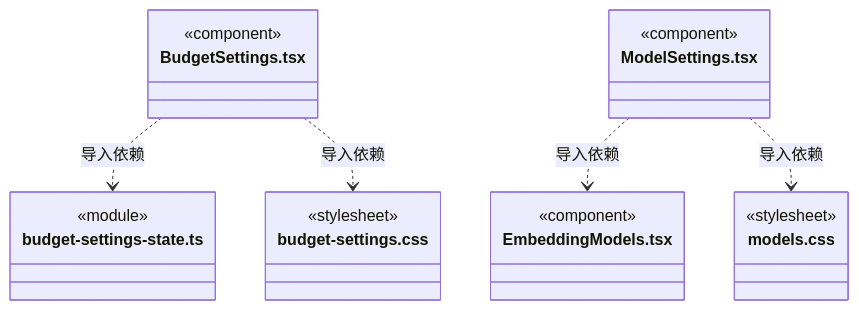
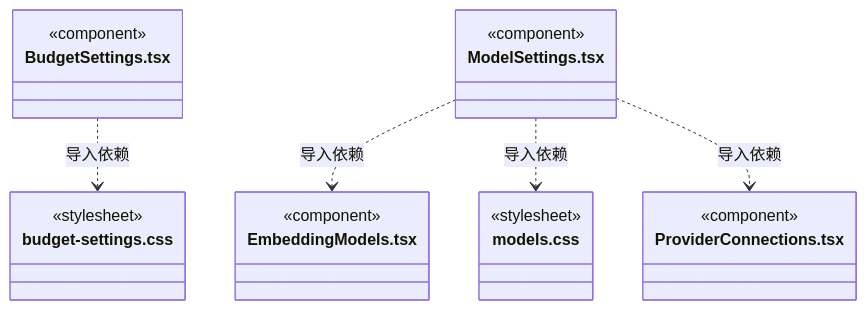
One commit to nan023062/cbim changed diagram 28 of 33 in src/view/settings/ARCHITECTURE.md. Above: the diagram before and after it, drawn with Mermaid. The commit also changed other lines of this file and 25 other files, not shown here.

````diff
--- a/src/view/settings/ARCHITECTURE.md
+++ b/src/view/settings/ARCHITECTURE.md
@@ -213,25 +425,25 @@
 ```mermaid
 classDiagram
 class N_src_view_settings_BudgetSettings_tsx["BudgetSettings.tsx"] {
   <<component>>
-}
-class N_src_view_settings_budget_settings_state_ts["budget-settings-state.ts"] {
-  <<module>>
 }
 class N_src_view_settings_budget_settings_css["budget-settings.css"] {
   <<stylesheet>>
 }
 class N_src_view_settings_ModelSettings_tsx["ModelSettings.tsx"] {
   <<component>>
 }
 class N_src_view_settings_EmbeddingModels_tsx["EmbeddingModels.tsx"] {
   <<component>>
 }
 class N_src_view_settings_models_css["models.css"] {
   <<stylesheet>>
 }
-N_src_view_settings_BudgetSettings_tsx ..> N_src_view_settings_budget_settings_state_ts : 导入依赖
+class N_src_view_settings_ProviderConnections_tsx["ProviderConnections.tsx"] {
+  <<component>>
+}
 N_src_view_settings_BudgetSettings_tsx ..> N_src_view_settings_budget_settings_css : 导入依赖
 N_src_view_settings_ModelSettings_tsx ..> N_src_view_settings_EmbeddingModels_tsx : 导入依赖
 N_src_view_settings_ModelSettings_tsx ..> N_src_view_settings_models_css : 导入依赖
+N_src_view_settings_ModelSettings_tsx ..> N_src_view_settings_ProviderConnections_tsx : 导入依赖
 ```
````
